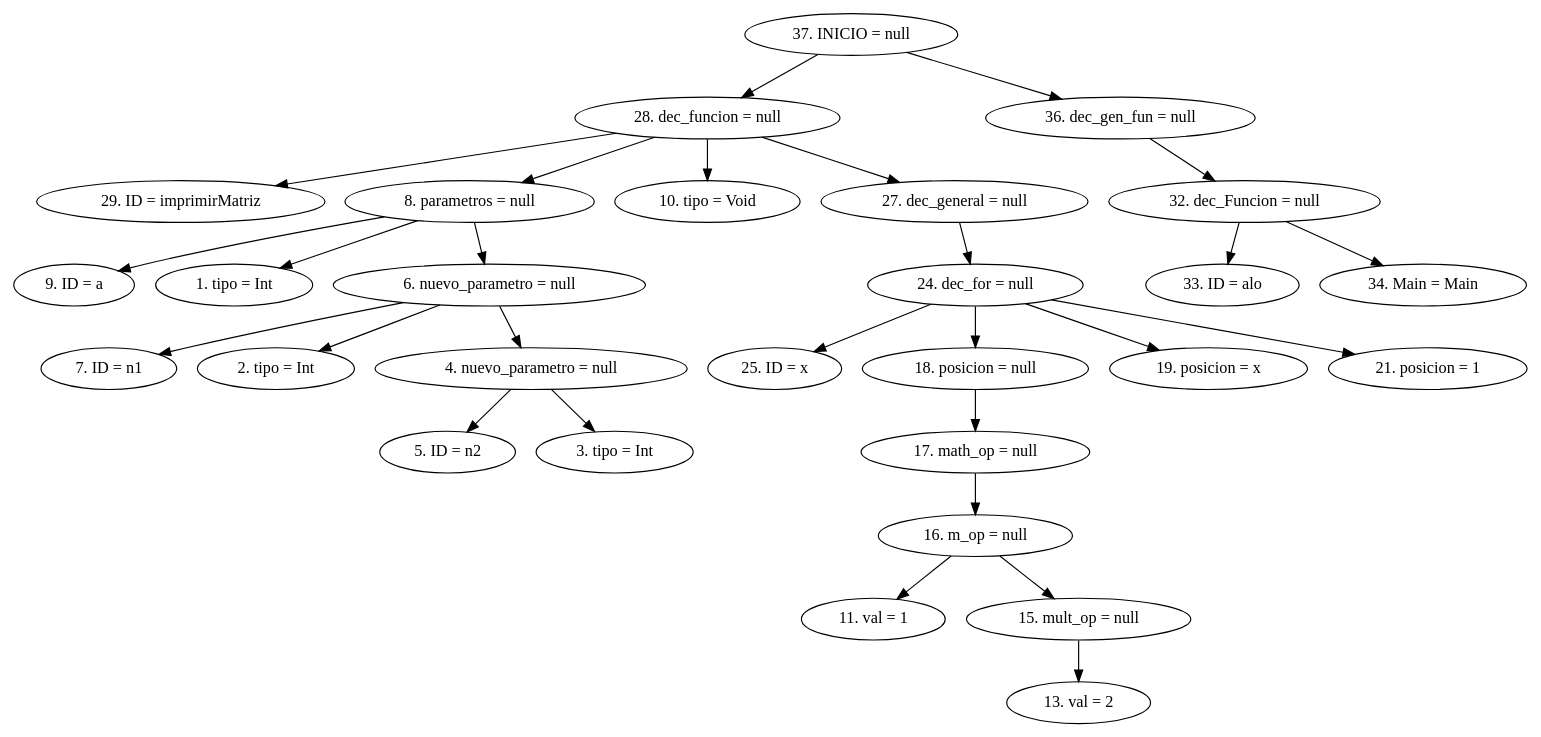
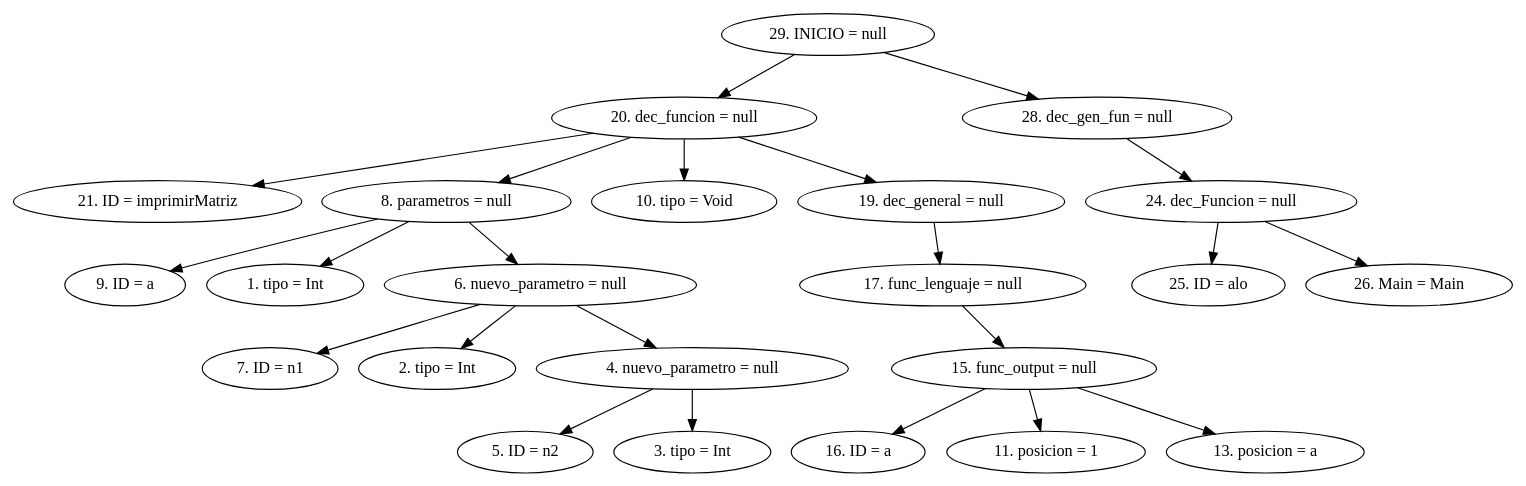
Before and after one commit to CarlosSosVos/NACHTs: the diagram in AST.dot, drawn with Graphviz. The commit also changed 7 other files, not shown here.

```diff
--- a/AST.dot
+++ b/AST.dot
@@ -1,31 +1,26 @@
 digraph G {
-"37. INICIO = null"->"28. dec_funcion = null"
-"28. dec_funcion = null"->"29. ID = imprimirMatriz"
-"28. dec_funcion = null"->"8. parametros = null"
+"29. INICIO = null"->"20. dec_funcion = null"
+"20. dec_funcion = null"->"21. ID = imprimirMatriz"
+"20. dec_funcion = null"->"8. parametros = null"
 "8. parametros = null"->"9. ID = a"
 "8. parametros = null"->"1. tipo = Int"
 "8. parametros = null"->"6. nuevo_parametro = null"
 "6. nuevo_parametro = null"->"7. ID = n1"
 "6. nuevo_parametro = null"->"2. tipo = Int"
 "6. nuevo_parametro = null"->"4. nuevo_parametro = null"
 "4. nuevo_parametro = null"->"5. ID = n2"
 "4. nuevo_parametro = null"->"3. tipo = Int"
-"28. dec_funcion = null"->"10. tipo = Void"
-"28. dec_funcion = null"->"27. dec_general = null"
-"27. dec_general = null"->"24. dec_for = null"
-"24. dec_for = null"->"25. ID = x"
-"24. dec_for = null"->"18. posicion = null"
-"18. posicion = null"->"17. math_op = null"
-"17. math_op = null"->"16. m_op = null"
-"16. m_op = null"->"11. val = 1"
-"16. m_op = null"->"15. mult_op = null"
-"15. mult_op = null"->"13. val = 2"
-"24. dec_for = null"->"19. posicion = x"
-"24. dec_for = null"->"21. posicion = 1"
-"37. INICIO = null"->"36. dec_gen_fun = null"
-"36. dec_gen_fun = null"->"32. dec_Funcion = null"
-"32. dec_Funcion = null"->"33. ID = alo"
-"32. dec_Funcion = null"->"34. Main = Main"
+"20. dec_funcion = null"->"10. tipo = Void"
+"20. dec_funcion = null"->"19. dec_general = null"
+"19. dec_general = null"->"17. func_lenguaje = null"
+"17. func_lenguaje = null"->"15. func_output = null"
+"15. func_output = null"->"16. ID = a"
+"15. func_output = null"->"11. posicion = 1"
+"15. func_output = null"->"13. posicion = a"
+"29. INICIO = null"->"28. dec_gen_fun = null"
+"28. dec_gen_fun = null"->"24. dec_Funcion = null"
+"24. dec_Funcion = null"->"25. ID = alo"
+"24. dec_Funcion = null"->"26. Main = Main"
 
 
 }
```
